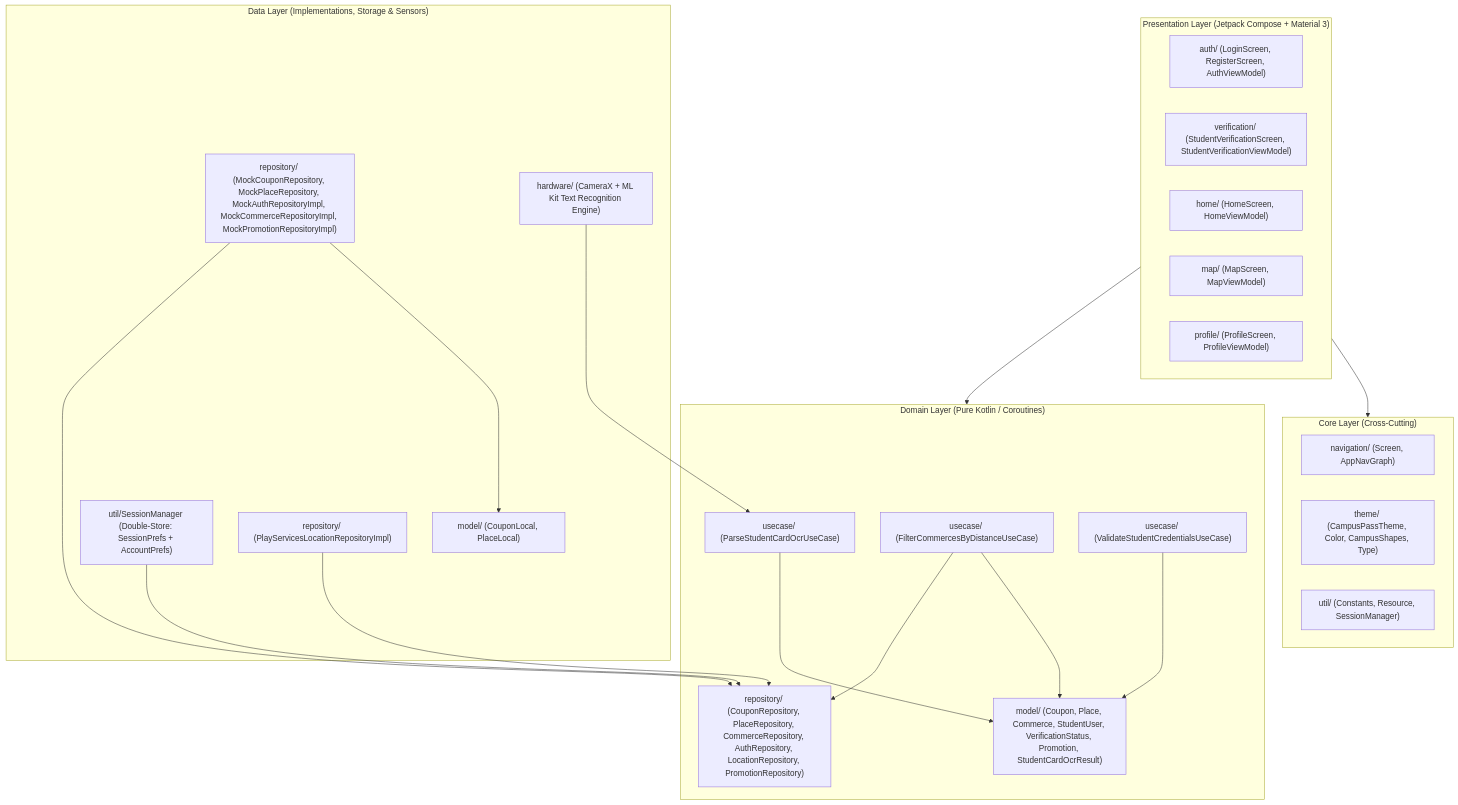
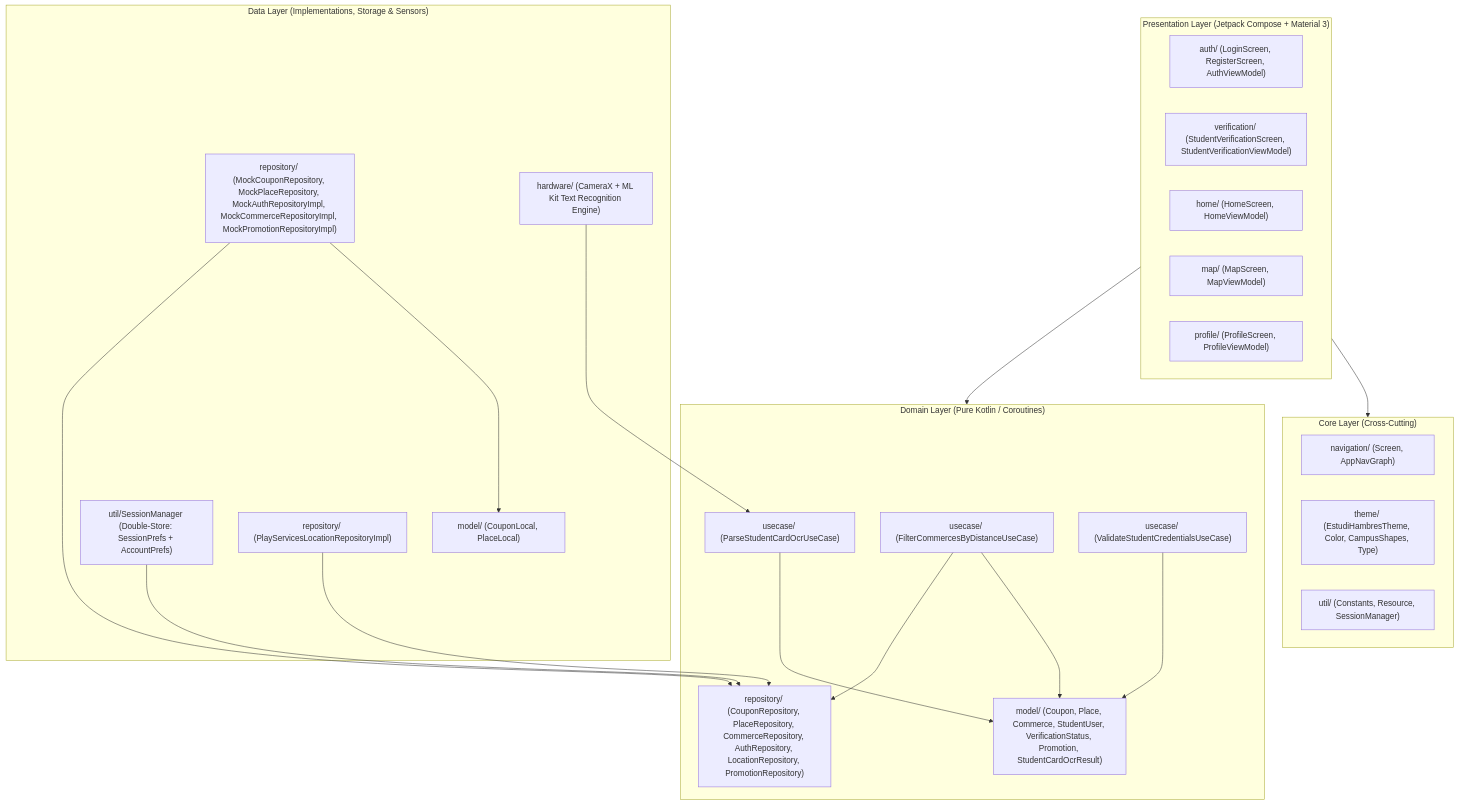
Before and after one commit to MFCC2/EstudiHambres: the diagram in docs/ARCHITECTURE.md, drawn with Mermaid. The commit also changed other lines of this file and 26 other files, not shown here.

Commit message:
refactor(branding): unificar nombre oficial EstudiHambres y eliminar referencias a CampusPass en todo el sistema

````diff
--- a/docs/ARCHITECTURE.md
+++ b/docs/ARCHITECTURE.md
@@ -9,44 +9,44 @@
 ```mermaid
 flowchart TD
     subgraph PresentationLayer["Presentation Layer (Jetpack Compose + Material 3)"]
         AUTH["auth/ (LoginScreen, RegisterScreen, AuthViewModel)"]
         VERIF["verification/ (StudentVerificationScreen, StudentVerificationViewModel)"]
         HOME["home/ (HomeScreen, HomeViewModel)"]
         MAP["map/ (MapScreen, MapViewModel)"]
         PROFILE["profile/ (ProfileScreen, ProfileViewModel)"]
     end
 
     subgraph CoreLayer["Core Layer (Cross-Cutting)"]
         NAV["navigation/ (Screen, AppNavGraph)"]
-        THEME["theme/ (CampusPassTheme, Color, CampusShapes, Type)"]
+        THEME["theme/ (EstudiHambresTheme, Color, CampusShapes, Type)"]
         UTIL["util/ (Constants, Resource, SessionManager)"]
     end
 
     subgraph DomainLayer["Domain Layer (Pure Kotlin / Coroutines)"]
         UC_DIST["usecase/ (FilterCommercesByDistanceUseCase)"]
         UC_OCR["usecase/ (ParseStudentCardOcrUseCase)"]
         UC_VAL["usecase/ (ValidateStudentCredentialsUseCase)"]
         MODELS["model/ (Coupon, Place, Commerce, StudentUser, VerificationStatus, Promotion, StudentCardOcrResult)"]
         REPO_INTERFACES["repository/ (CouponRepository, PlaceRepository, CommerceRepository, AuthRepository, LocationRepository, PromotionRepository)"]
     end
 
     subgraph DataLayer["Data Layer (Implementations, Storage & Sensors)"]
         LOCAL_MODELS["model/ (CouponLocal, PlaceLocal)"]
         SESSION["util/SessionManager (Double-Store: SessionPrefs + AccountPrefs)"]
         MOCK_REPOS["repository/ (MockCouponRepository, MockPlaceRepository, MockAuthRepositoryImpl, MockCommerceRepositoryImpl, MockPromotionRepositoryImpl)"]
         PLAY_SERVICES["repository/ (PlayServicesLocationRepositoryImpl)"]
         CAMERAX_MLKIT["hardware/ (CameraX + ML Kit Text Recognition Engine)"]
     end
 
     PresentationLayer --> CoreLayer
     PresentationLayer --> DomainLayer
     MOCK_REPOS --> LOCAL_MODELS
     MOCK_REPOS --> REPO_INTERFACES
     PLAY_SERVICES --> REPO_INTERFACES
     SESSION --> REPO_INTERFACES
     CAMERAX_MLKIT --> UC_OCR
     UC_DIST --> MODELS
     UC_DIST --> REPO_INTERFACES
     UC_OCR --> MODELS
     UC_VAL --> MODELS
 ```
````
